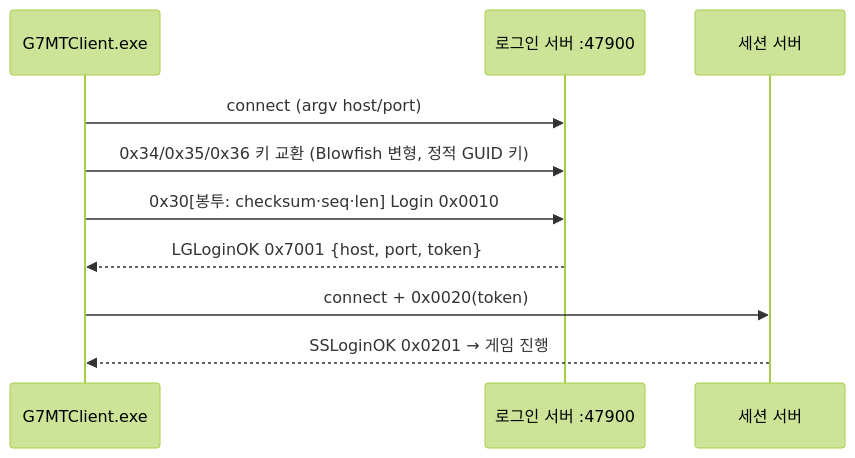
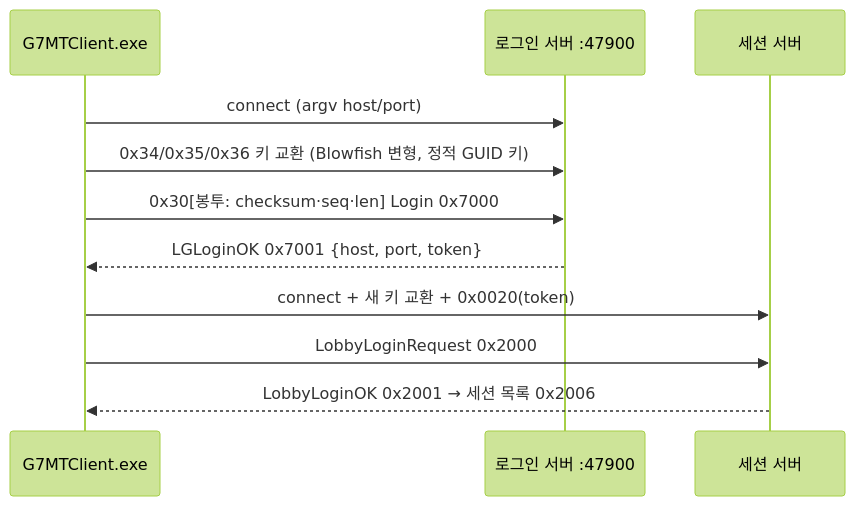
The diagram in docs/re/2026-09-27_reverse-logh7-client-triage-report.md (peppone-choi/logh7), drawn with Mermaid (forest theme) before and after one commit. The commit also changed other lines of this file and 9 other files, not shown here.

````diff
--- a/docs/re/2026-09-27_reverse-logh7-client-triage-report.md
+++ b/docs/re/2026-09-27_reverse-logh7-client-triage-report.md
@@ -161,12 +161,13 @@
 ```mermaid
 sequenceDiagram
     participant CL as G7MTClient.exe
     participant LG as 로그인 서버 :47900
     participant SS as 세션 서버
     CL->>LG: connect (argv host/port)
     CL->>LG: 0x34/0x35/0x36 키 교환 (Blowfish 변형, 정적 GUID 키)
-    CL->>LG: 0x30[봉투: checksum·seq·len] Login 0x0010
+    CL->>LG: 0x30[봉투: checksum·seq·len] Login 0x7000
     LG-->>CL: LGLoginOK 0x7001 {host, port, token}
-    CL->>SS: connect + 0x0020(token)
-    SS-->>CL: SSLoginOK 0x0201 → 게임 진행
+    CL->>SS: connect + 새 키 교환 + 0x0020(token)
+    CL->>SS: LobbyLoginRequest 0x2000
+    SS-->>CL: LobbyLoginOK 0x2001 → 세션 목록 0x2006
 ```
````
